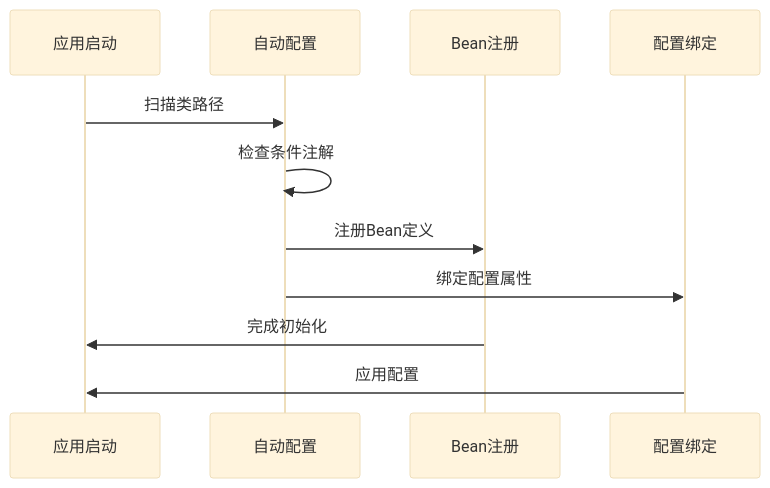
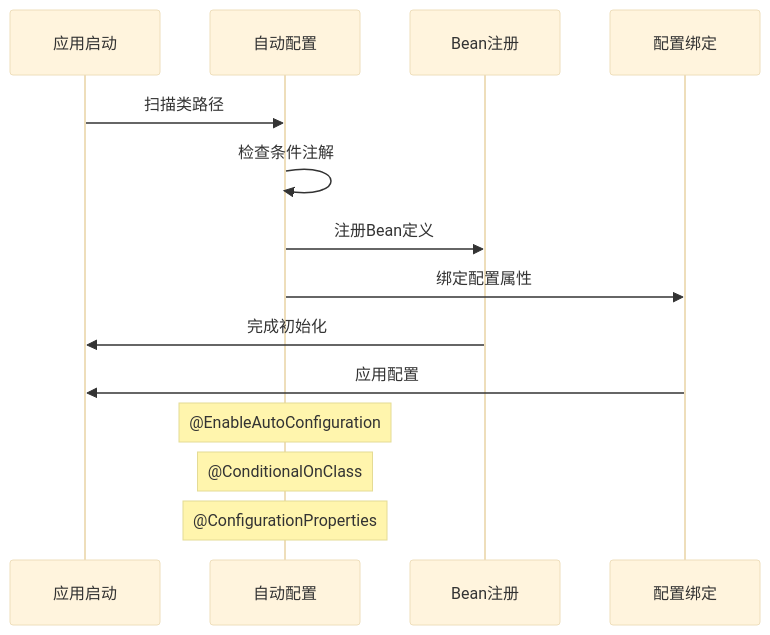
Before and after one commit to gree-coder/fund-butler: diagram 19 of 22 in .qoder/repowiki/zh/content/项目结构详解.md, drawn with Mermaid (base theme). The commit also changed other lines of this file and 10 other files, not shown here.

````diff
--- a/.qoder/repowiki/zh/content/项目结构详解.md
+++ b/.qoder/repowiki/zh/content/项目结构详解.md
@@ -327,13 +741,16 @@
 ```mermaid
 sequenceDiagram
 participant App as 应用启动
 participant AutoConfig as 自动配置
 participant Bean as Bean注册
 participant Config as 配置绑定
 App->>AutoConfig : 扫描类路径
 AutoConfig->>AutoConfig : 检查条件注解
 AutoConfig->>Bean : 注册Bean定义
 AutoConfig->>Config : 绑定配置属性
 Bean->>App : 完成初始化
 Config->>App : 应用配置
+Note over AutoConfig : @EnableAutoConfiguration
+Note over AutoConfig : @ConditionalOnClass
+Note over AutoConfig : @ConfigurationProperties
 ```
````
